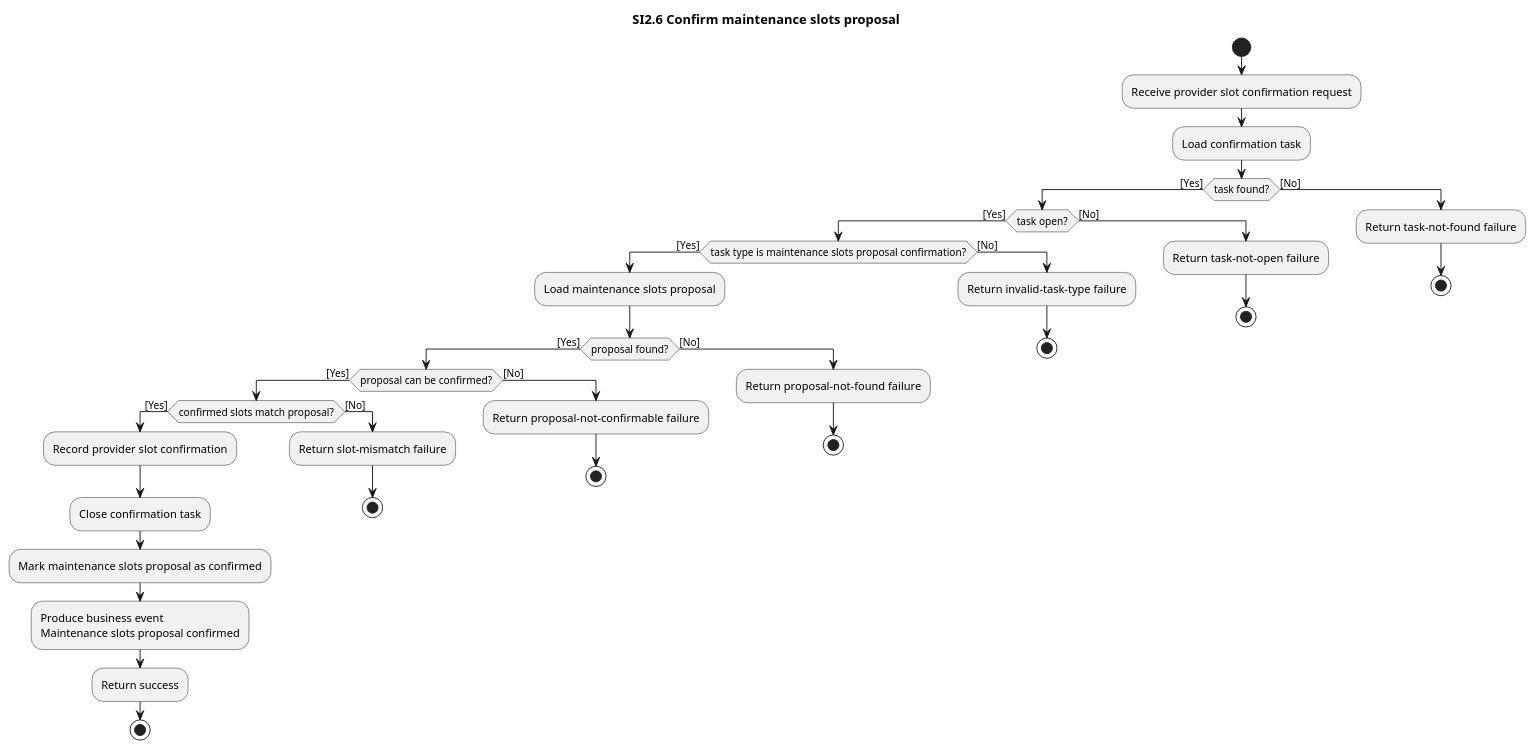
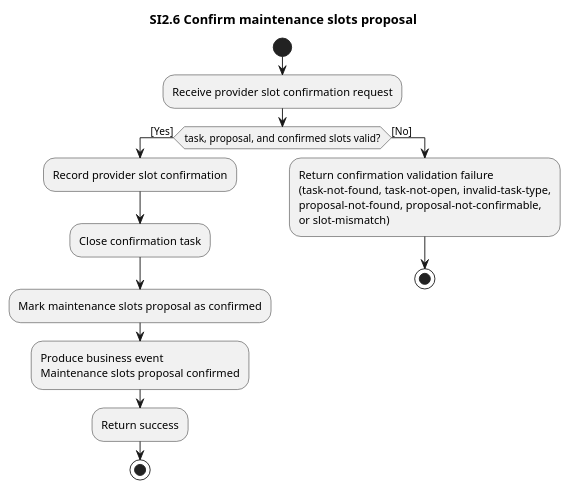
Before and after one commit to ottolote/fixme: the diagram in docs/project/P2/business/system-interactions/diagrams/si2.6-confirm-maintenance-slots-proposal.pu, drawn with PlantUML. The commit also changed 25 other files, not shown here.

```diff
--- a/docs/project/P2/business/system-interactions/diagrams/si2.6-confirm-maintenance-slots-proposal.pu
+++ b/docs/project/P2/business/system-interactions/diagrams/si2.6-confirm-maintenance-slots-proposal.pu
@@ -1,47 +1,23 @@
 @startuml si2.6-confirm-maintenance-slots-proposal
 title SI2.6 Confirm maintenance slots proposal
 
 start
 :Receive provider slot confirmation request;
 
-:Load confirmation task;
-if (task found?) then ([Yes])
-  if (task open?) then ([Yes])
-    if (task type is maintenance slots proposal confirmation?) then ([Yes])
-      :Load maintenance slots proposal;
-      if (proposal found?) then ([Yes])
-        if (proposal can be confirmed?) then ([Yes])
-          if (confirmed slots match proposal?) then ([Yes])
-            :Record provider slot confirmation;
-            :Close confirmation task;
-            :Mark maintenance slots proposal as confirmed;
-            :Produce business event
+if (task, proposal, and confirmed slots valid?) then ([Yes])
+  :Record provider slot confirmation;
+  :Close confirmation task;
+  :Mark maintenance slots proposal as confirmed;
+  :Produce business event
 Maintenance slots proposal confirmed; <<sendSignal>>
-            :Return success;
-            stop
-          else ([No])
-            :Return slot-mismatch failure;
-            stop
-          endif
-        else ([No])
-          :Return proposal-not-confirmable failure;
-          stop
-        endif
-      else ([No])
-        :Return proposal-not-found failure;
-        stop
-      endif
-    else ([No])
-      :Return invalid-task-type failure;
-      stop
-    endif
-  else ([No])
-    :Return task-not-open failure;
-    stop
-  endif
+  :Return success;
+  stop
 else ([No])
-  :Return task-not-found failure;
+  :Return confirmation validation failure
+(task-not-found, task-not-open, invalid-task-type,
+proposal-not-found, proposal-not-confirmable,
+or slot-mismatch);
   stop
 endif
 
 @enduml
```
